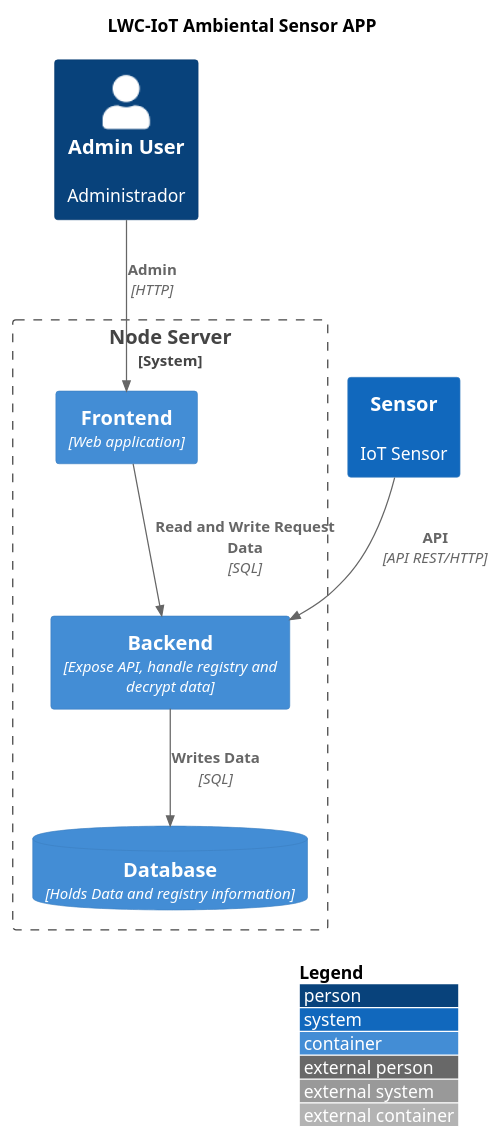
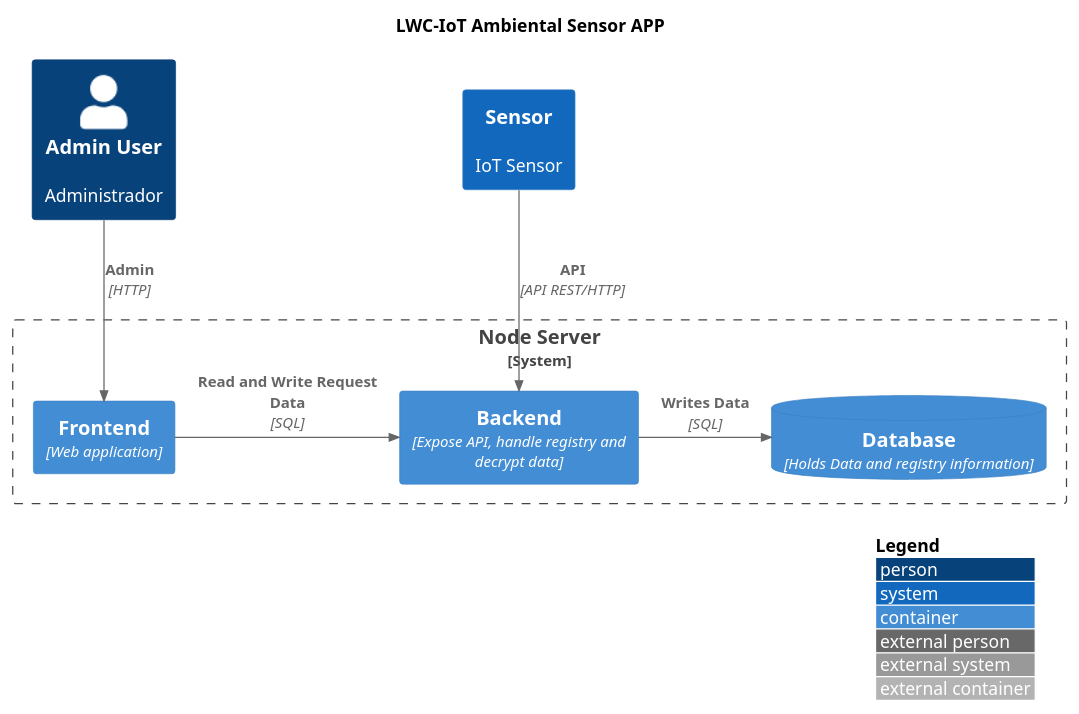
Before and after one commit to darketmaster/LWCIoTServer: the diagram in DIAGRAMS/C4.puml, drawn with PlantUML.

Commit message:
update diag

```diff
--- a/DIAGRAMS/C4.puml
+++ b/DIAGRAMS/C4.puml
@@ -1,19 +1,19 @@
 @startuml C4
 title LWC-IoT Ambiental Sensor APP
 !include https://raw.githubusercontent.com/plantuml-stdlib/C4-PlantUML/master/C4_Container.puml
 
 LAYOUT_WITH_LEGEND()
 
 Person(Admin, "Admin User", "Administrador")
 System(Sensor, "Sensor", "IoT Sensor")
 System_Boundary(Server, "Node Server", "API Server", "API Server node"){
     Container(Frontend, "Frontend", "Web application")
     Container(Backend, "Backend", "Expose API, handle registry and decrypt data")
     ContainerDb(db, "Database", "Holds Data and registry information")
 }
 
 Rel(Sensor, Backend, "API", "API REST/HTTP")
 Rel(Admin, Frontend, "Admin", "HTTP")
-Rel(Backend, db, "Writes Data", "SQL")
-Rel(Frontend, Backend, "Read and Write Request Data", "SQL")
+Rel_R(Backend, db, "Writes Data", "SQL")
+Rel_R(Frontend, Backend, "Read and Write Request Data", "SQL")
 @enduml
```
